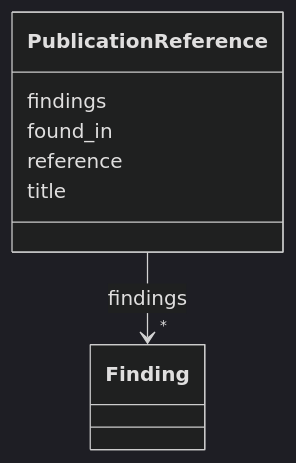
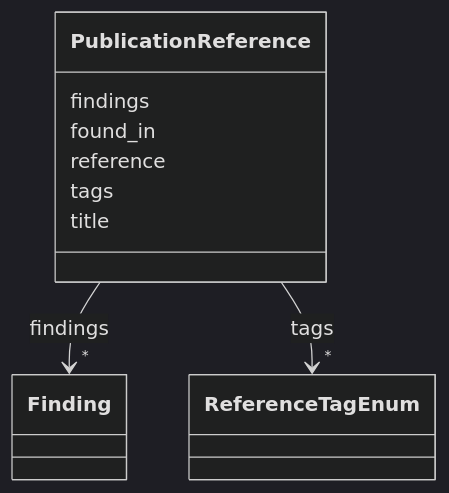
The diagram in docs/schema/classes/PublicationReference.md (monarch-initiative/dismech), drawn with Mermaid (dark theme) before and after one commit. The commit also changed other lines of this file and 1343 other files, not shown here.

First line of the commit message:
docs: regenerate schema docs and point design-decisions link at rendered page

````diff
--- a/docs/schema/classes/PublicationReference.md
+++ b/docs/schema/classes/PublicationReference.md
@@ -18,23 +18,34 @@
 ```mermaid
  classDiagram
     class PublicationReference
     click PublicationReference href "../../classes/PublicationReference/"
       PublicationReference : findings
         
           
     
         
         
         PublicationReference --> "*" Finding : findings
         click Finding href "../../classes/Finding/"
     
 
         
       PublicationReference : found_in
         
       PublicationReference : reference
         
+      PublicationReference : tags
+        
+          
+    
+        
+        
+        PublicationReference --> "*" ReferenceTagEnum : tags
+        click ReferenceTagEnum href "../../enums/ReferenceTagEnum/"
+    
+
+        
       PublicationReference : title
         
       
 ```
````
